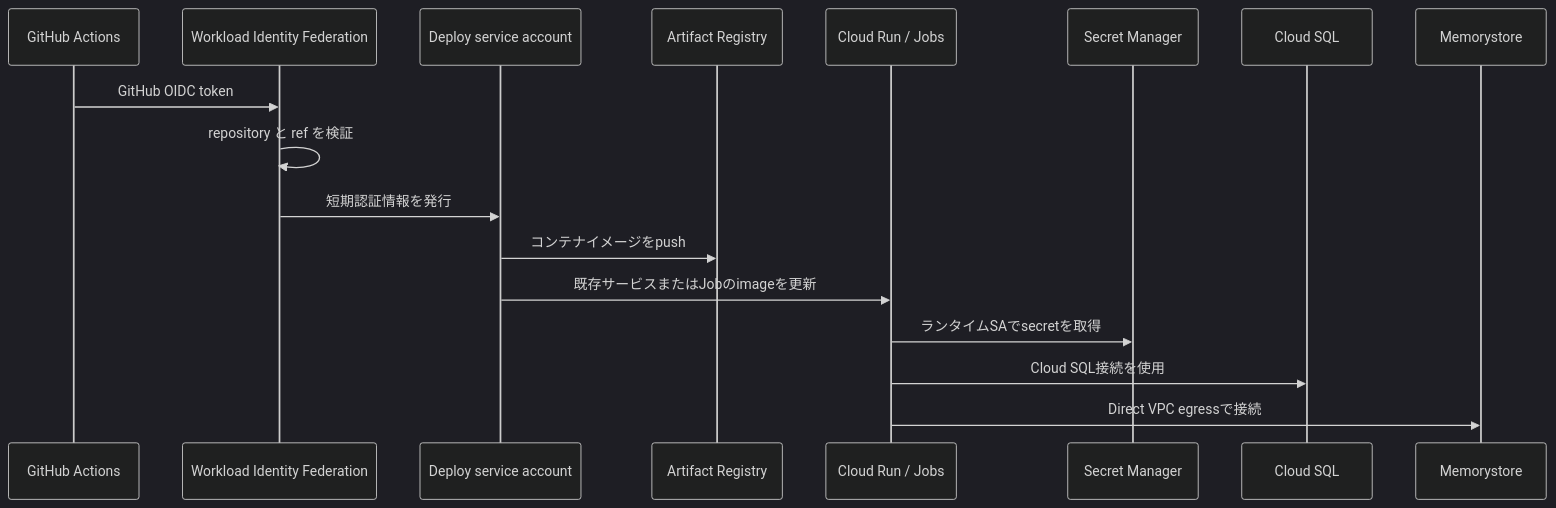
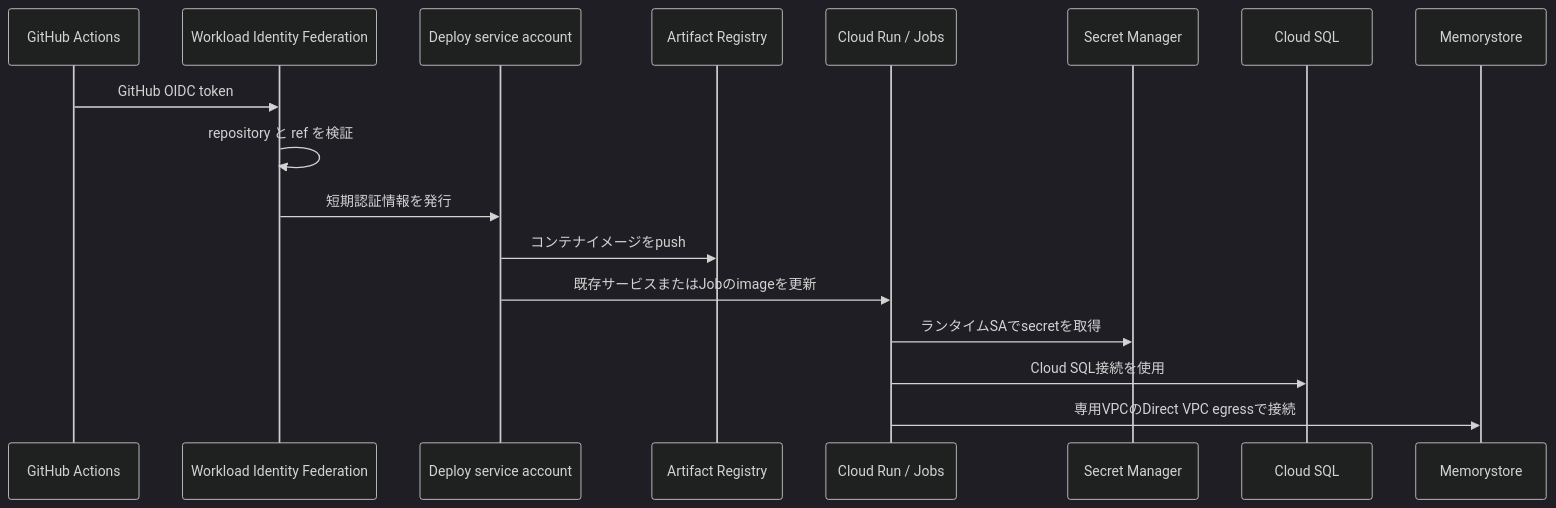
The first of 3 diagrams in docs/architecture.md (UCHIDAnobuhiro/stock-infra), drawn with Mermaid (dark theme) before and after one commit. The commit also changed other lines of this file and 3 other files, not shown here.

````diff
--- a/docs/architecture.md
+++ b/docs/architecture.md
@@ -42,20 +42,20 @@
 ```mermaid
 sequenceDiagram
     participant GH as GitHub Actions
     participant WIF as Workload Identity Federation
     participant SA as Deploy service account
     participant AR as Artifact Registry
     participant RUN as Cloud Run / Jobs
     participant SM as Secret Manager
     participant SQL as Cloud SQL
     participant REDIS as Memorystore
 
     GH->>WIF: GitHub OIDC token
     WIF->>WIF: repository と ref を検証
     WIF->>SA: 短期認証情報を発行
     SA->>AR: コンテナイメージをpush
     SA->>RUN: 既存サービスまたはJobのimageを更新
     RUN->>SM: ランタイムSAでsecretを取得
     RUN->>SQL: Cloud SQL接続を使用
-    RUN->>REDIS: Direct VPC egressで接続
+    RUN->>REDIS: 専用VPCのDirect VPC egressで接続
 ```
````
